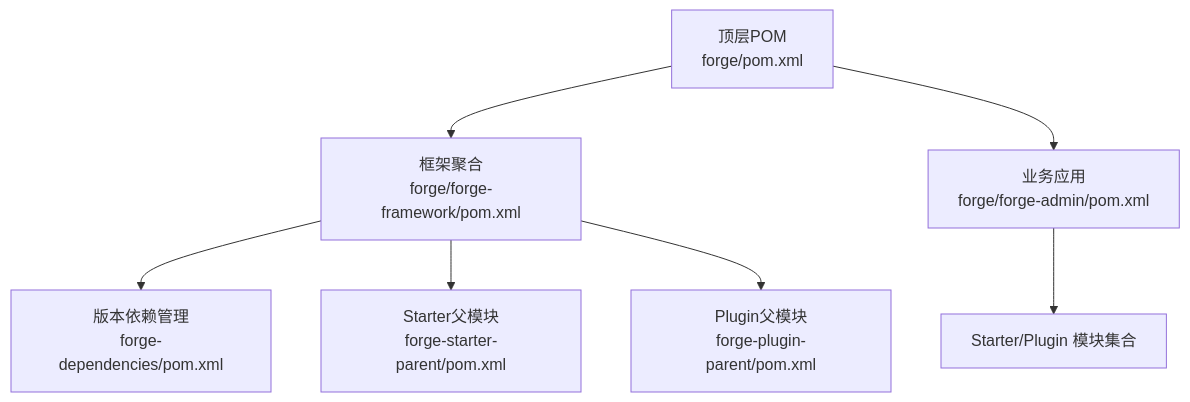
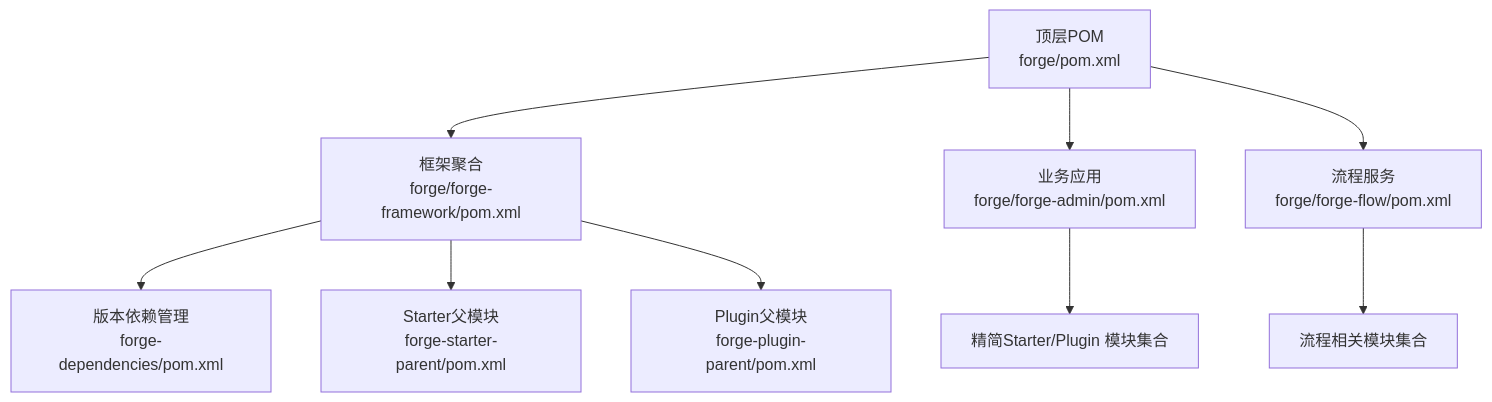
The seventh of 7 diagrams in .qoder/repowiki/zh/content/系统架构/架构总览.md (yaomindong1996/forge-admin), drawn with Mermaid before and after one commit. The commit also changed other lines of this file and 76 other files, not shown here.

````diff
--- a/.qoder/repowiki/zh/content/系统架构/架构总览.md
+++ b/.qoder/repowiki/zh/content/系统架构/架构总览.md
@@ -242,9 +266,11 @@
 ```mermaid
 graph TB
 ROOT["顶层POM<br/>forge/pom.xml"] --> FW["框架聚合<br/>forge/forge-framework/pom.xml"]
 ROOT --> APP["业务应用<br/>forge/forge-admin/pom.xml"]
+ROOT --> FLOW["流程服务<br/>forge/forge-flow/pom.xml"]
 FW --> DEPS["版本依赖管理<br/>forge-dependencies/pom.xml"]
 FW --> STP["Starter父模块<br/>forge-starter-parent/pom.xml"]
 FW --> PLP["Plugin父模块<br/>forge-plugin-parent/pom.xml"]
-APP --> MODS["Starter/Plugin 模块集合"]
+APP --> MODS["精简Starter/Plugin 模块集合"]
+FLOW --> FLOWMODS["流程相关模块集合"]
 ```
````
